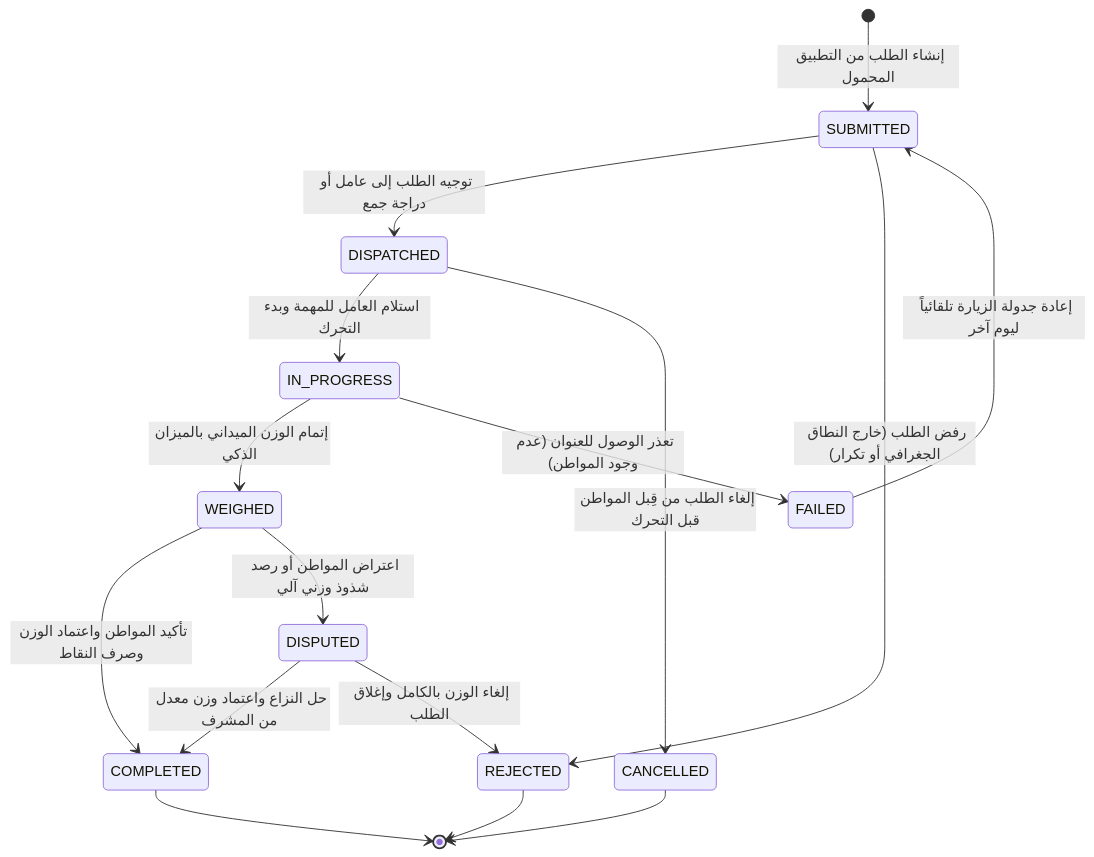
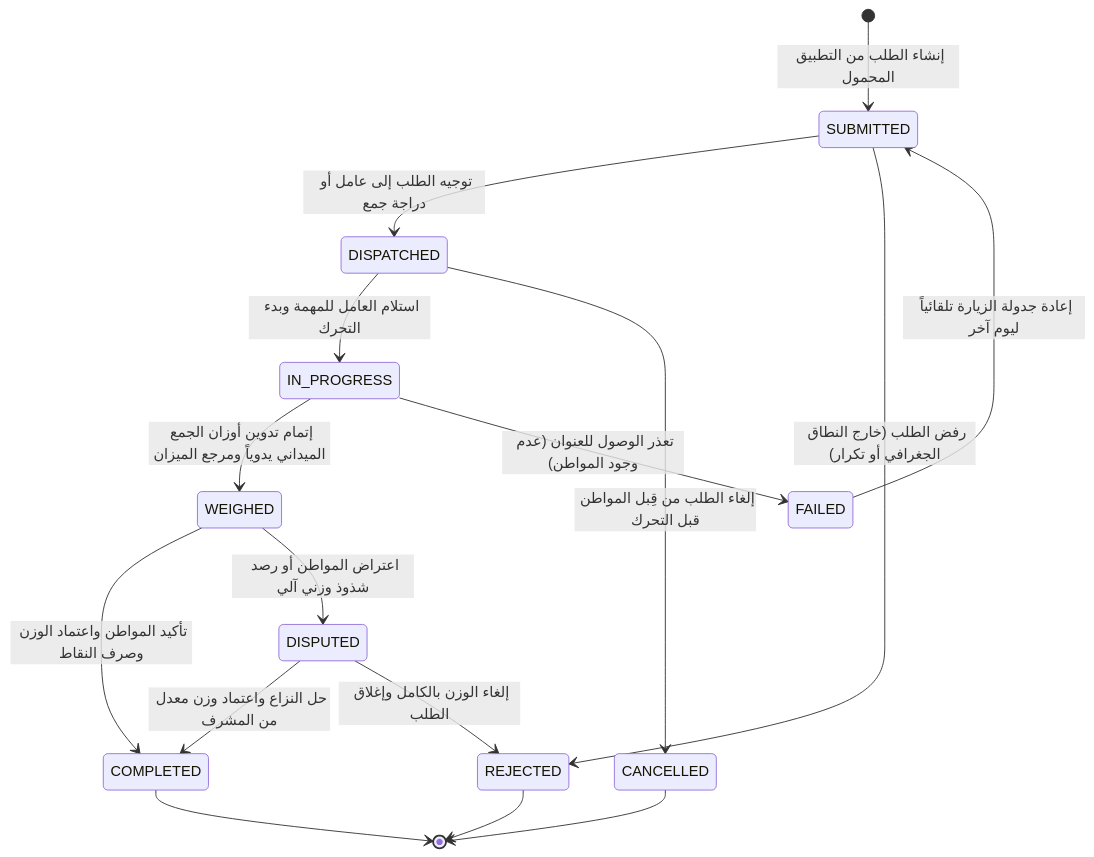
The first of 5 diagrams in docs/03-flows-and-logic/state-machines.md (A-S-Y/Athar), drawn with Mermaid before and after one commit. The commit also changed 9 other files, not shown here.

````diff
--- a/docs/03-flows-and-logic/state-machines.md
+++ b/docs/03-flows-and-logic/state-machines.md
@@ -12,25 +12,25 @@
 ```mermaid
 stateDiagram-v2
     [*] --> SUBMITTED: إنشاء الطلب من التطبيق المحمول
 
     SUBMITTED --> DISPATCHED: توجيه الطلب إلى عامل أو دراجة جمع
     SUBMITTED --> REJECTED: رفض الطلب (خارج النطاق الجغرافي أو تكرار)
 
     DISPATCHED --> IN_PROGRESS: استلام العامل للمهمة وبدء التحرك
     DISPATCHED --> CANCELLED: إلغاء الطلب من قِبل المواطن قبل التحرك
 
-    IN_PROGRESS --> WEIGHED: إتمام الوزن الميداني بالميزان الذكي
+    IN_PROGRESS --> WEIGHED: إتمام تدوين أوزان الجمع الميداني يدوياً ومرجع الميزان
     IN_PROGRESS --> FAILED: تعذر الوصول للعنوان (عدم وجود المواطن)
 
     WEIGHED --> COMPLETED: تأكيد المواطن واعتماد الوزن وصرف النقاط
     WEIGHED --> DISPUTED: اعتراض المواطن أو رصد شذوذ وزني آلي
 
     DISPUTED --> COMPLETED: حل النزاع واعتماد وزن معدل من المشرف
     DISPUTED --> REJECTED: إلغاء الوزن بالكامل وإغلاق الطلب
 
     FAILED --> SUBMITTED: إعادة جدولة الزيارة تلقائياً ليوم آخر
 
     REJECTED --> [*]
     CANCELLED --> [*]
     COMPLETED --> [*]
 ```
````
